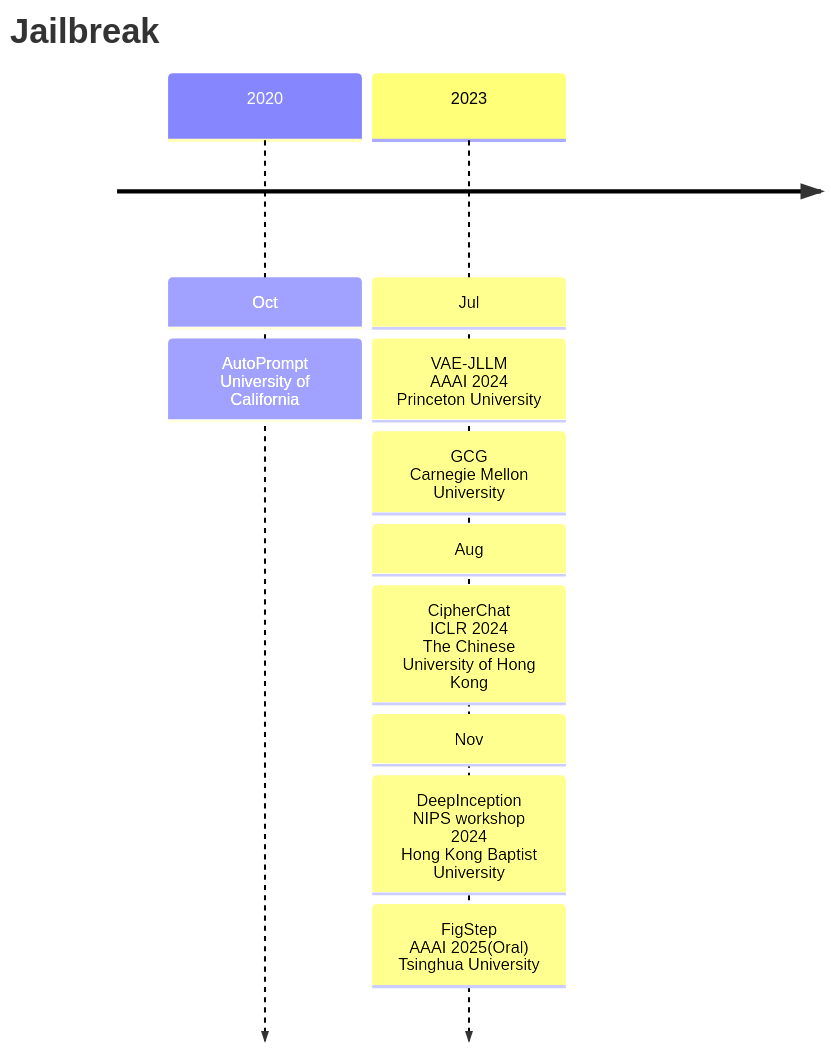
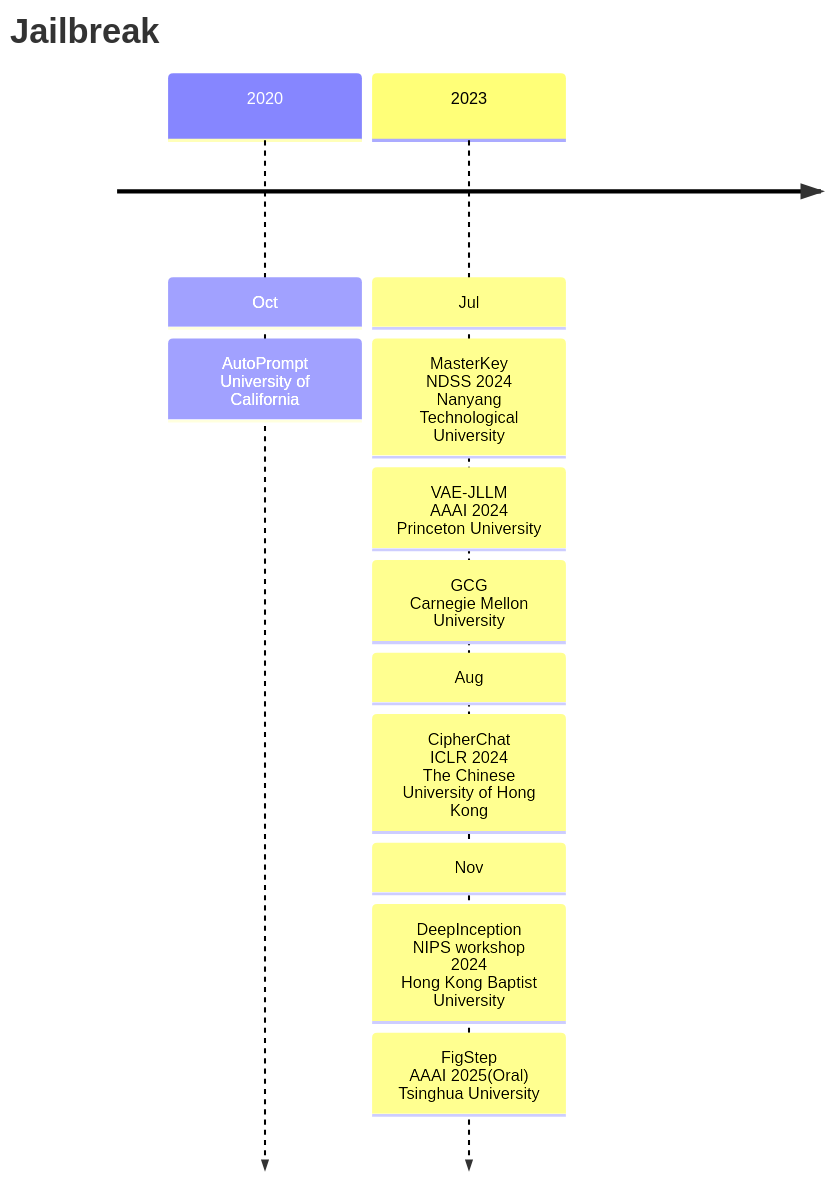
One commit to Elephant-King9/Paper changed the first of 5 diagrams in Attack/Jailbreak/analyse.md. Above: the diagram before and after it, drawn with Mermaid. The commit also changed other lines of this file and 5 other files, not shown here.

Commit message:
MasterKey: Automated Jailbreak Across Multiple Large Language Model Chatbots

````diff
--- a/Attack/Jailbreak/analyse.md
+++ b/Attack/Jailbreak/analyse.md
@@ -5,16 +5,17 @@
 ```mermaid
 timeline
     title Jailbreak
     	2020 : Oct
     			 : AutoPrompt<br>University of California
     	2023 : Jul
+    			 : MasterKey<br>NDSS 2024<br>Nanyang Technological University
     			 : VAE-JLLM<br>AAAI 2024<br>Princeton University
     			 : GCG<br>Carnegie Mellon University
     			 : Aug
     			 : CipherChat<br>ICLR 2024<br>The Chinese University of Hong Kong
     			 : Nov
     			 : DeepInception<br>NIPS workshop 2024<br>Hong Kong Baptist University
     			 : FigStep<br>AAAI 2025(Oral)<br>Tsinghua University
     			 
     
 ```
````
